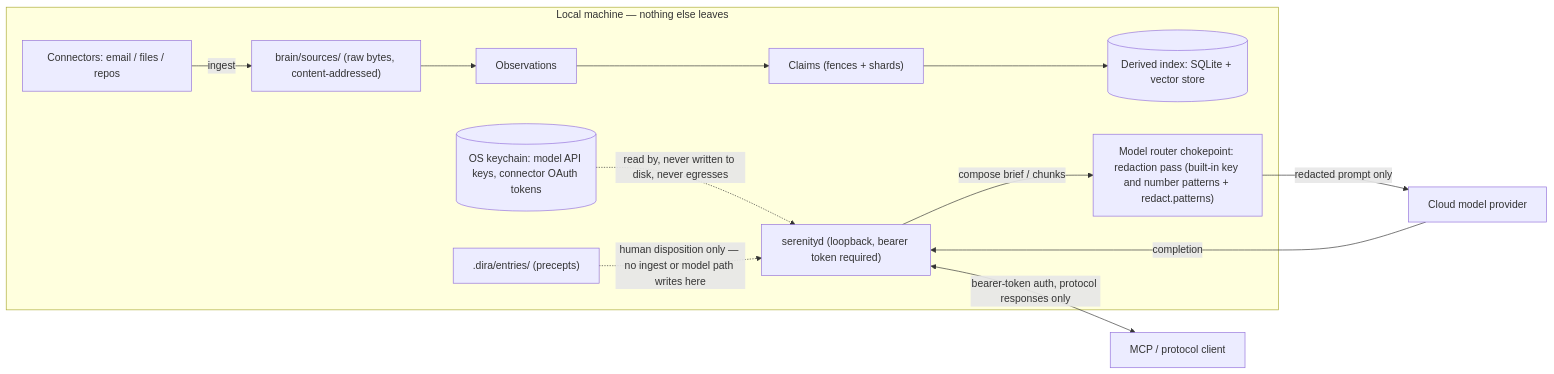
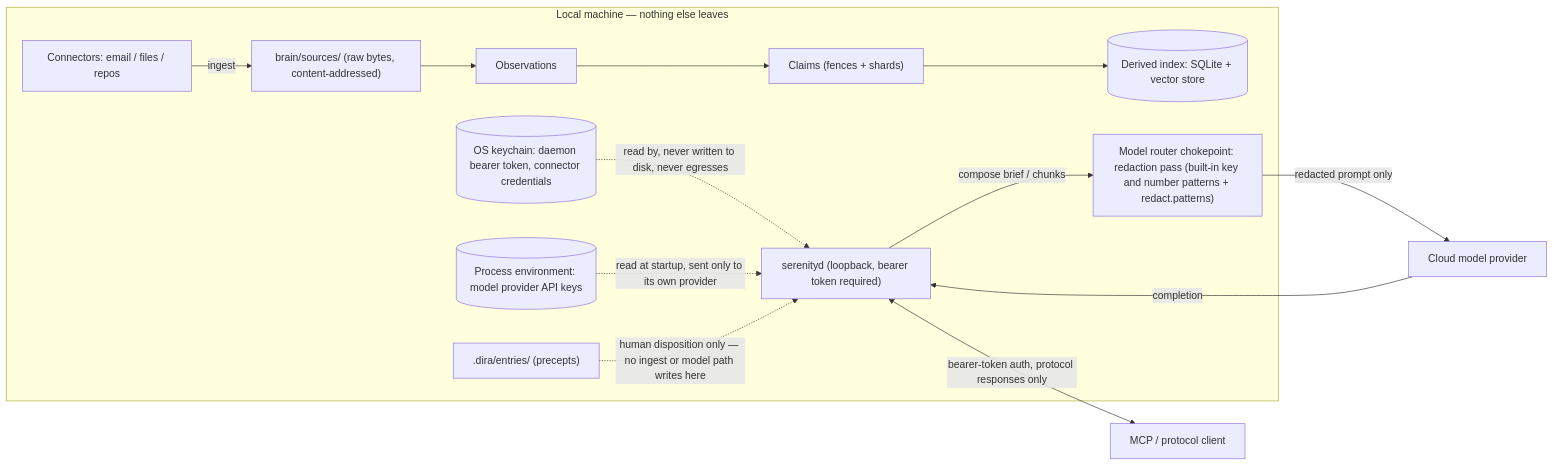
Before and after one commit to sirerun/serenity: the diagram in docs/threat-model.md, drawn with Mermaid. The commit also changed other lines of this file and 4 other files, not shown here.

First line of the commit message:
fix(secrets): restrict the keychain item ACL to the serenity binary and document env-var keys (T24.28)

````diff
--- a/docs/threat-model.md
+++ b/docs/threat-model.md
@@ -117,26 +120,28 @@
 ```mermaid
 flowchart LR
   subgraph local["Local machine — nothing else leaves"]
     CONN[Connectors: email / files / repos]
     SRC["brain/sources/ (raw bytes, content-addressed)"]
     OBS[Observations]
     CLAIMS["Claims (fences + shards)"]
     PRE[".dira/entries/ (precepts)"]
     INDEX[("Derived index: SQLite + vector store")]
-    KEYCHAIN[("OS keychain: model API keys, connector OAuth tokens")]
+    KEYCHAIN[("OS keychain: daemon bearer token, connector credentials")]
+    ENV[("Process environment: model provider API keys")]
     DAEMON["serenityd (loopback, bearer token required)"]
     REDACT["Model router chokepoint: redaction pass (built-in key and number patterns + redact.patterns)"]
   end
   MCPCLIENT["MCP / protocol client"]
   CLOUDMODEL["Cloud model provider"]
 
   CONN -->|ingest| SRC
   SRC --> OBS --> CLAIMS
   CLAIMS --> INDEX
   DAEMON <-->|"bearer-token auth, protocol responses only"| MCPCLIENT
   DAEMON -->|"compose brief / chunks"| REDACT
   REDACT -->|"redacted prompt only"| CLOUDMODEL
   CLOUDMODEL -->|completion| DAEMON
   KEYCHAIN -.->|"read by, never written to disk, never egresses"| DAEMON
+  ENV -.->|"read at startup, sent only to its own provider"| DAEMON
   PRE -.->|"human disposition only — no ingest or model path writes here"| DAEMON
 ```
````
